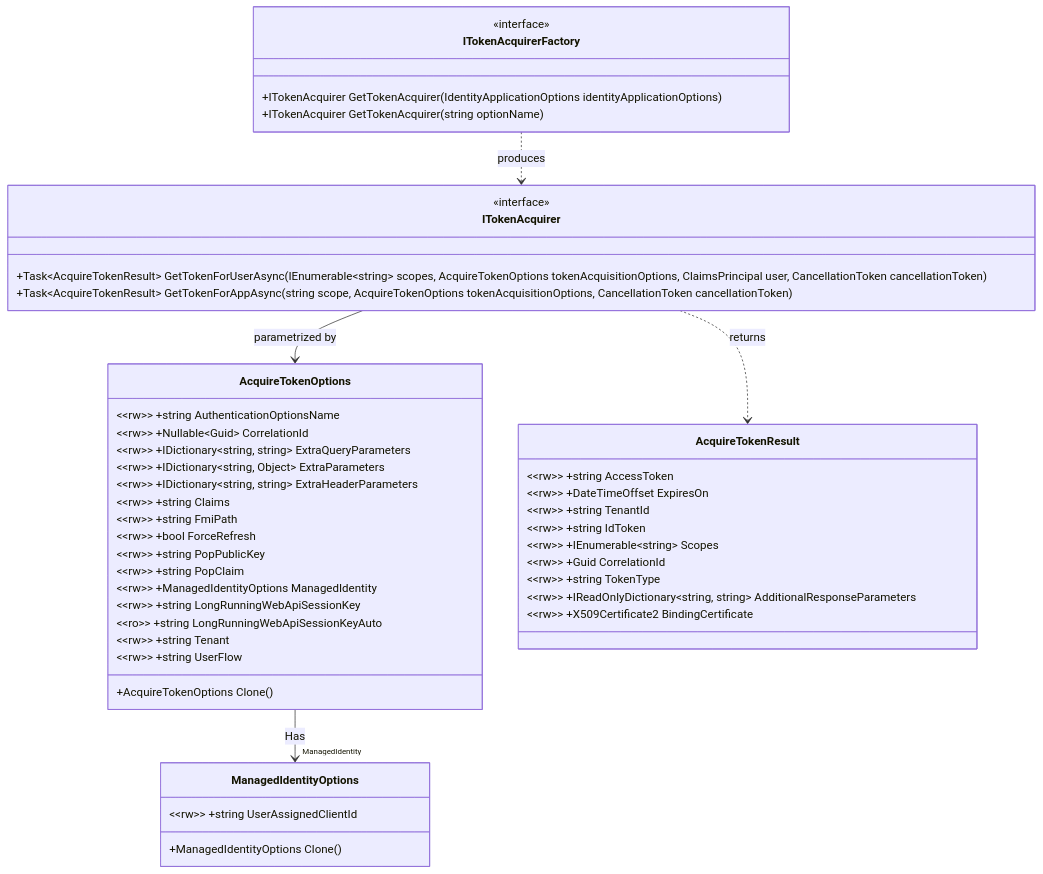
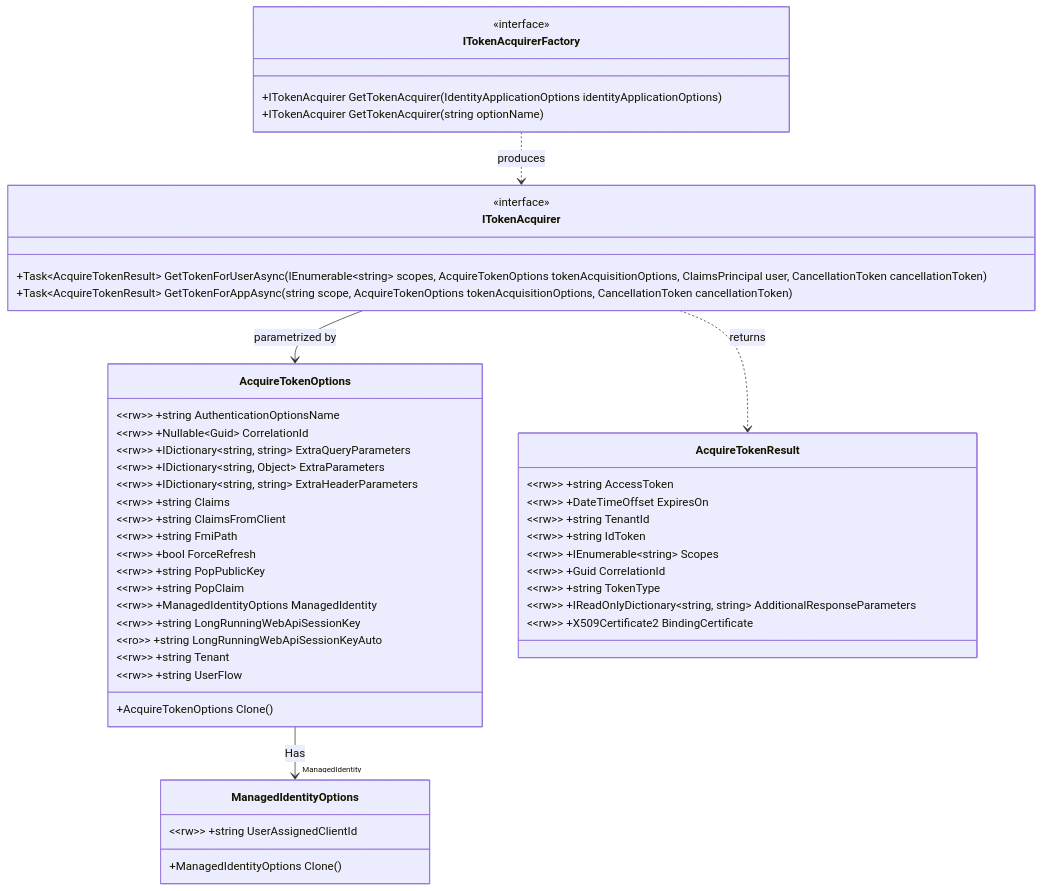
One commit to AzureAD/microsoft-identity-abstractions-for-dotnet changed the fifth of 7 diagrams in README.md. Above: the diagram before and after it, drawn with Mermaid. The commit also changed other lines of this file and 9 other files, not shown here.

Commit message:
Add client-originated claims option (#274)

````diff
--- a/README.md
+++ b/README.md
@@ -438,49 +439,50 @@
 ```mermaid
 classDiagram
    class AcquireTokenOptions {
     +AcquireTokenOptions Clone()
     &lt;&lt;rw&gt;&gt; +string AuthenticationOptionsName
     &lt;&lt;rw&gt;&gt; +Nullable&lt;Guid&gt; CorrelationId
     &lt;&lt;rw&gt;&gt; +IDictionary&lt;string, string&gt; ExtraQueryParameters
     &lt;&lt;rw&gt;&gt; +IDictionary&lt;string, Object&gt; ExtraParameters
     &lt;&lt;rw&gt;&gt; +IDictionary&lt;string, string&gt; ExtraHeaderParameters
     &lt;&lt;rw&gt;&gt; +string Claims
+    &lt;&lt;rw&gt;&gt; +string ClaimsFromClient
     &lt;&lt;rw&gt;&gt; +string FmiPath
     &lt;&lt;rw&gt;&gt; +bool ForceRefresh
     &lt;&lt;rw&gt;&gt; +string PopPublicKey
     &lt;&lt;rw&gt;&gt; +string PopClaim
     &lt;&lt;rw&gt;&gt; +ManagedIdentityOptions ManagedIdentity
     &lt;&lt;rw&gt;&gt; +string LongRunningWebApiSessionKey
     &lt;&lt;ro&gt;&gt; +string LongRunningWebApiSessionKeyAuto
     &lt;&lt;rw&gt;&gt; +string Tenant
     &lt;&lt;rw&gt;&gt; +string UserFlow
     }
     class AcquireTokenResult {
     &lt;&lt;rw&gt;&gt; +string AccessToken
     &lt;&lt;rw&gt;&gt; +DateTimeOffset ExpiresOn
     &lt;&lt;rw&gt;&gt; +string TenantId
     &lt;&lt;rw&gt;&gt; +string IdToken
     &lt;&lt;rw&gt;&gt; +IEnumerable&lt;string&gt; Scopes
     &lt;&lt;rw&gt;&gt; +Guid CorrelationId
     &lt;&lt;rw&gt;&gt; +string TokenType
     &lt;&lt;rw&gt;&gt; +IReadOnlyDictionary&lt;string, string&gt; AdditionalResponseParameters
     &lt;&lt;rw&gt;&gt; +X509Certificate2 BindingCertificate
     }
     class ITokenAcquirer { <<interface>>
     +Task&lt;AcquireTokenResult&gt; GetTokenForUserAsync(IEnumerable&lt;string&gt; scopes, AcquireTokenOptions tokenAcquisitionOptions, ClaimsPrincipal user, CancellationToken cancellationToken)
     +Task&lt;AcquireTokenResult&gt; GetTokenForAppAsync(string scope, AcquireTokenOptions tokenAcquisitionOptions, CancellationToken cancellationToken)
     }
     class ITokenAcquirerFactory { <<interface>>
     +ITokenAcquirer GetTokenAcquirer(IdentityApplicationOptions identityApplicationOptions)
     +ITokenAcquirer GetTokenAcquirer(string optionName)
     }
     class ManagedIdentityOptions {
     +ManagedIdentityOptions Clone()
     &lt;&lt;rw&gt;&gt; +string UserAssignedClientId
     }
 
    ITokenAcquirerFactory ..> ITokenAcquirer : produces
    ITokenAcquirer -->  AcquireTokenOptions : parametrized by
    AcquireTokenOptions --> "ManagedIdentity" ManagedIdentityOptions : Has
    ITokenAcquirer ..>  AcquireTokenResult : returns
 ```
````
